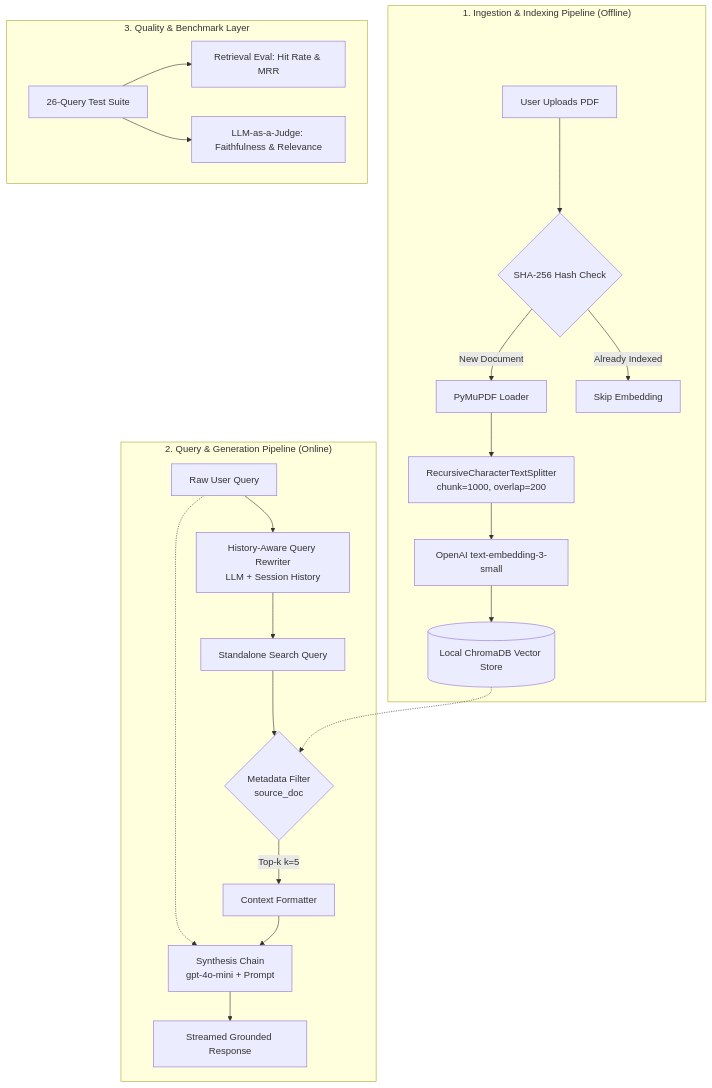
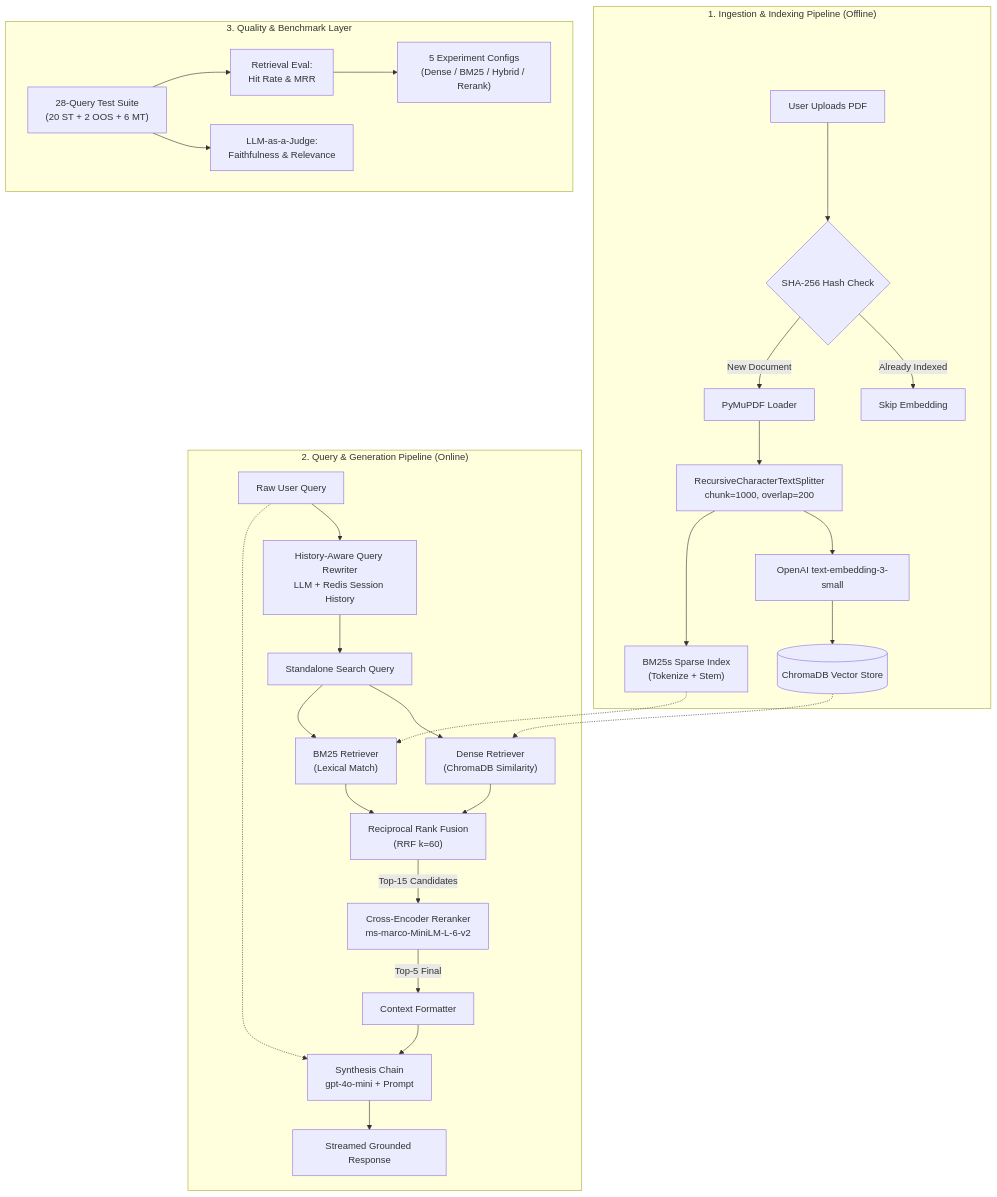
Before and after one commit to denizzozupek/multi-doc-rag-assistant: the diagram in README.md, drawn with Mermaid. The commit also changed other lines of this file, not shown here.

First line of the commit message:
docs: document hybrid retrieval benchmarks

````diff
--- a/README.md
+++ b/README.md
@@ -35,32 +45,38 @@
 ```mermaid
-
 flowchart TD
     %% INGESTION PIPELINE
     subgraph Ingestion["1. Ingestion & Indexing Pipeline (Offline)"]
         A[User Uploads PDF] --> B{SHA-256 Hash Check}
         B -->|Already Indexed| Skip[Skip Embedding]
         B -->|New Document| C[PyMuPDF Loader]
-        C --> D[RecursiveCharacterTextSplitter<br/>chunk=1000, overlap=200]
+        C --> D["RecursiveCharacterTextSplitter<br/>chunk=1000, overlap=200"]
         D --> E[OpenAI text-embedding-3-small]
-        E --> F[(Local ChromaDB Vector Store)]
+        E --> F[(ChromaDB Vector Store)]
+        D --> G["BM25s Sparse Index<br/>(Tokenize + Stem)"]
     end
 
     %% RUNTIME PIPELINE
     subgraph Runtime["2. Query & Generation Pipeline (Online)"]
-        Q[Raw User Query] --> R[History-Aware Query Rewriter<br/>LLM + Session History]
+        Q[Raw User Query] --> R["History-Aware Query Rewriter<br/>LLM + Redis Session History"]
         R --> SQ[Standalone Search Query]
         
-        SQ --> Ret{Metadata Filter<br/>source_doc}
-        F -.-> Ret
-        Ret -->|Top-k k=5| Ctx[Context Formatter]
-        Ctx --> Gen[Synthesis Chain<br/>gpt-4o-mini + Prompt]
+        SQ --> Dense["Dense Retriever<br/>(ChromaDB Similarity)"]
+        SQ --> Sparse["BM25 Retriever<br/>(Lexical Match)"]
+        F -.-> Dense
+        G -.-> Sparse
+        Dense --> RRF["Reciprocal Rank Fusion<br/>(RRF k=60)"]
+        Sparse --> RRF
+        RRF -->|"Top-15 Candidates"| Rerank["Cross-Encoder Reranker<br/>ms-marco-MiniLM-L-6-v2"]
+        Rerank -->|"Top-5 Final"| Ctx[Context Formatter]
+        Ctx --> Gen["Synthesis Chain<br/>gpt-4o-mini + Prompt"]
         Q -.-> Gen
         Gen --> Out[Streamed Grounded Response]
     end
 
     %% EVALUATION COMPONENT
     subgraph Evaluation["3. Quality & Benchmark Layer"]
-        S[26-Query Test Suite] --> T[Retrieval Eval: Hit Rate & MRR]
-        S --> U[LLM-as-a-Judge: Faithfulness & Relevance]
+        S["28-Query Test Suite<br/>(20 ST + 2 OOS + 6 MT)"] --> T["Retrieval Eval:<br/>Hit Rate & MRR"]
+        S --> U["LLM-as-a-Judge:<br/>Faithfulness & Relevance"]
+        T --> V["5 Experiment Configs<br/>(Dense / BM25 / Hybrid / Rerank)"]
     end
 ```
````
